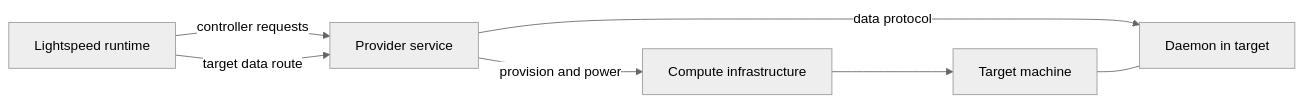
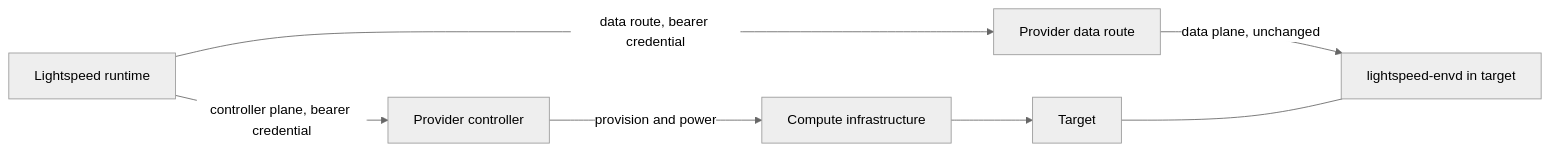
One commit to smartcomputer-ai/lightspeed changed the diagram in docs/documentation/integrating-and-extending/environment-providers.md. Above: the diagram before and after it, drawn with Mermaid (neutral theme). The commit also changed other lines of this file and 309 other files, not shown here.

````diff
--- a/docs/documentation/integrating-and-extending/environment-providers.md
+++ b/docs/documentation/integrating-and-extending/environment-providers.md
@@ -21,9 +24,9 @@
 ```mermaid
 flowchart LR
-  Runtime[Lightspeed runtime] -->|controller requests| Provider[Provider service]
-  Provider -->|provision and power| Infrastructure[Compute infrastructure]
-  Runtime -->|target data route| Provider
-  Provider -->|data protocol| Daemon[Daemon in target]
-  Infrastructure --> Target[Target machine]
+  Runtime[Lightspeed runtime] -->|controller plane, bearer credential| Controller[Provider controller]
+  Controller -->|provision and power| Infrastructure[Compute infrastructure]
+  Runtime -->|data route, bearer credential| Route[Provider data route]
+  Route -->|data plane, unchanged| Daemon[lightspeed-envd in target]
+  Infrastructure --> Target[Target]
   Target --- Daemon
 ```
````
